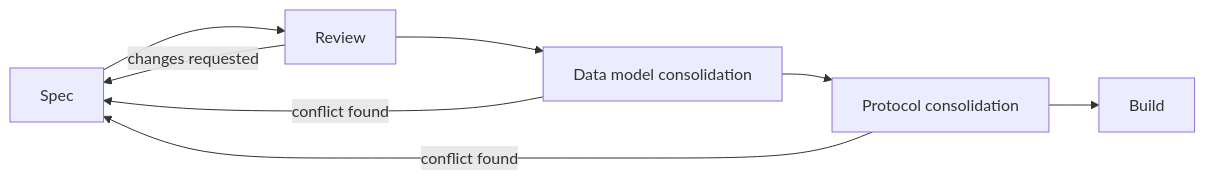
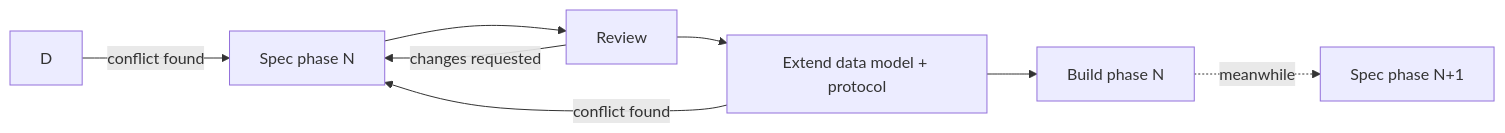
The diagram in docs/process.md (szymonbalasz/pocket-plane), drawn with Mermaid before and after one commit. The commit also changed other lines of this file and 7 other files, not shown here.

Commit message:
Just-in-time specs per build phase; living data model/protocol; normalise line endings to LF

````diff
--- a/docs/process.md
+++ b/docs/process.md
@@ -7,7 +7,8 @@
 ```mermaid
 graph LR
-  A[Spec] --> B[Review] --> C[Data model consolidation] --> D[Protocol consolidation] --> E[Build]
+  A[Spec phase N] --> B[Review] --> C[Extend data model + protocol] --> E[Build phase N]
+  E -. meanwhile .-> A2[Spec phase N+1]
   B -- changes requested --> A
   C -- conflict found --> A
   D -- conflict found --> A
 ```
````
